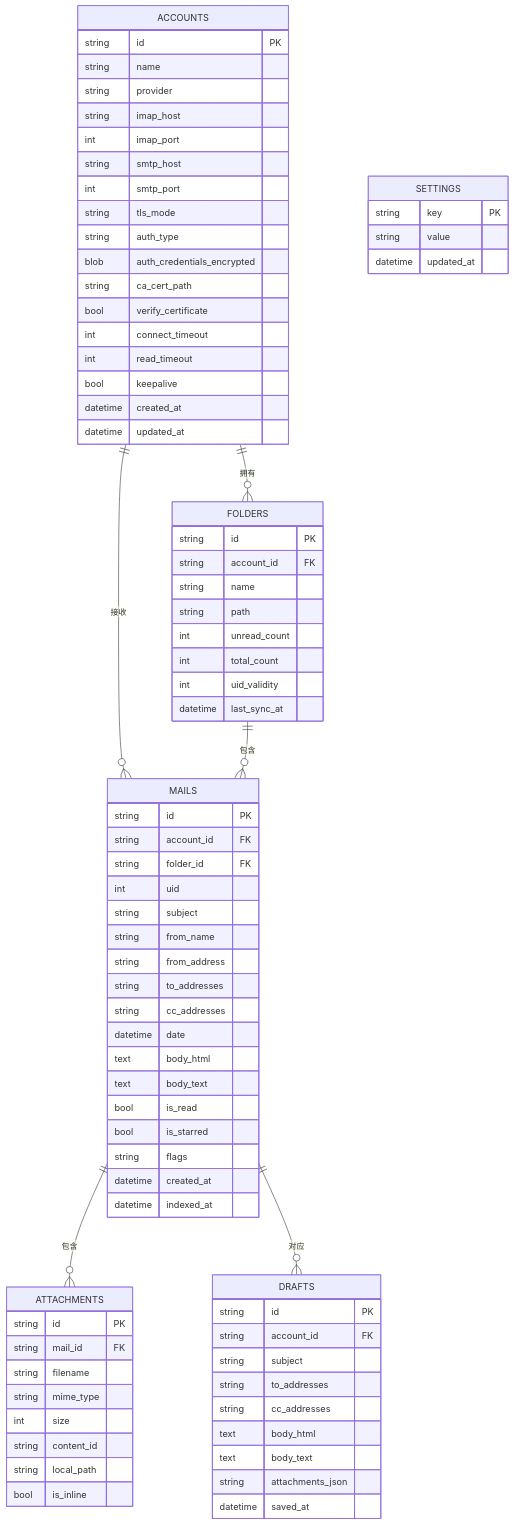
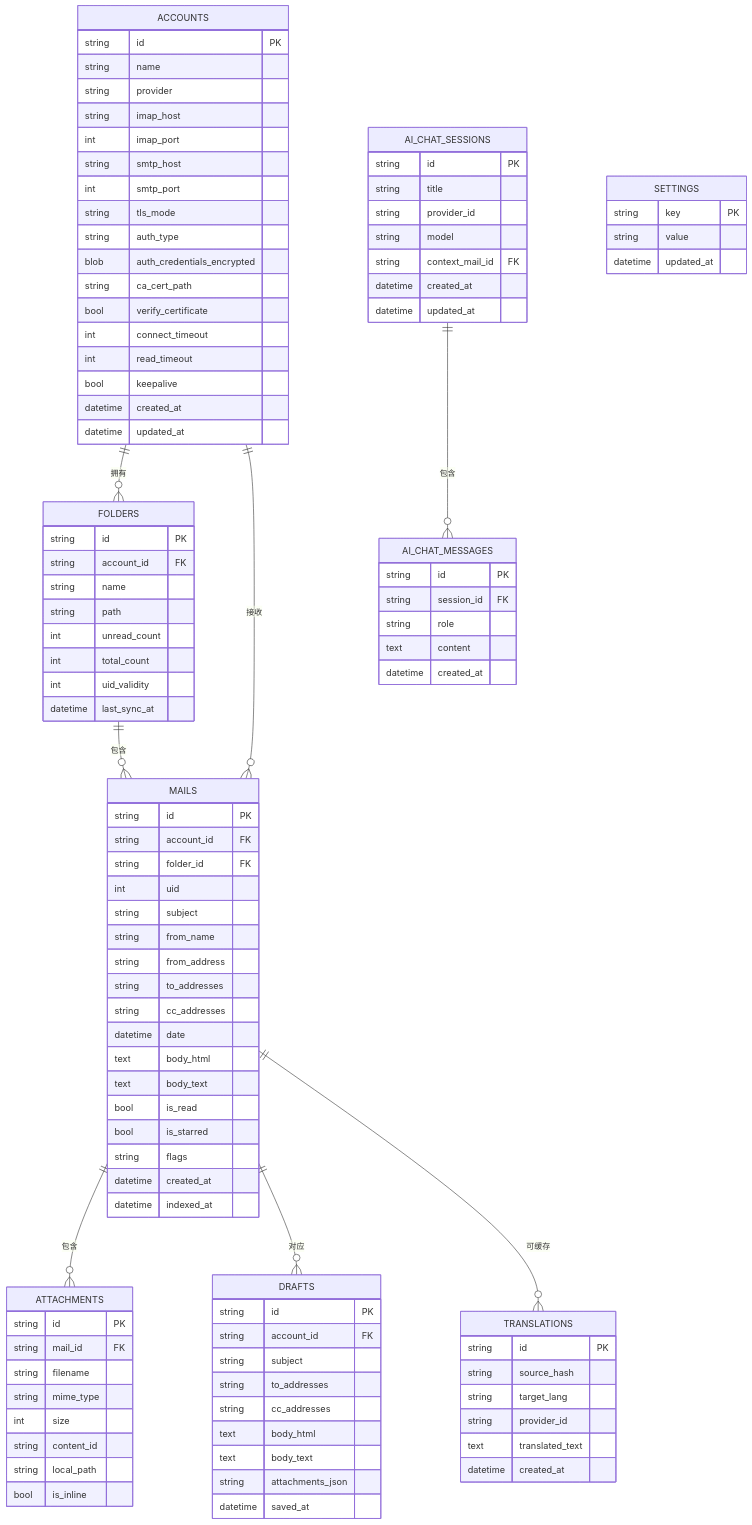
Before and after one commit to xiyeming/AeroMail: the third of 3 diagrams in docs/技术实现方案.md, drawn with Mermaid. The commit also changed other lines of this file and 1 other file, not shown here.

````diff
--- a/docs/技术实现方案.md
+++ b/docs/技术实现方案.md
@@ -646,6 +714,8 @@
     FOLDERS ||--o{ MAILS : "包含"
     MAILS ||--o{ ATTACHMENTS : "包含"
     MAILS ||--o{ DRAFTS : "对应"
+    MAILS ||--o{ TRANSLATIONS : "可缓存"
+    AI_CHAT_SESSIONS ||--o{ AI_CHAT_MESSAGES : "包含"
 
     ACCOUNTS {
         string id PK
@@ -726,4 +796,31 @@
         string value
         datetime updated_at
     }
+
+    TRANSLATIONS {
+        string id PK
+        string source_hash
+        string target_lang
+        string provider_id
+        text translated_text
+        datetime created_at
+    }
+
+    AI_CHAT_SESSIONS {
+        string id PK
+        string title
+        string provider_id
+        string model
+        string context_mail_id FK
+        datetime created_at
+        datetime updated_at
+    }
+
+    AI_CHAT_MESSAGES {
+        string id PK
+        string session_id FK
+        string role
+        text content
+        datetime created_at
+    }
 ```
````
